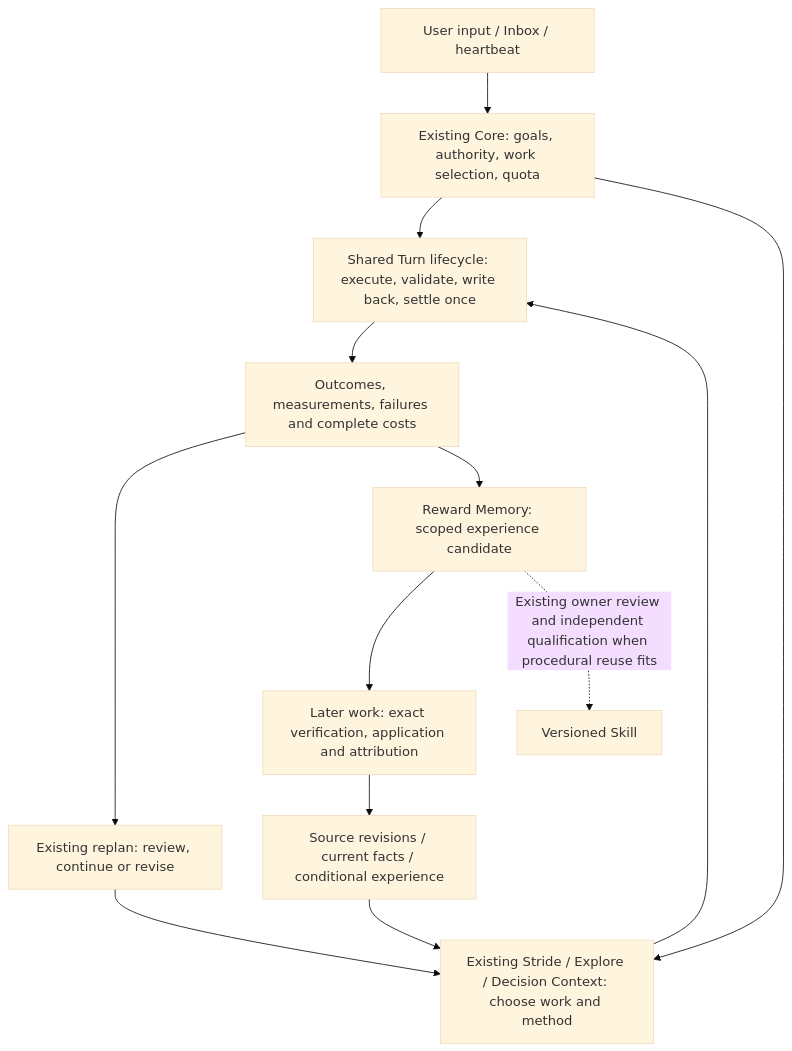
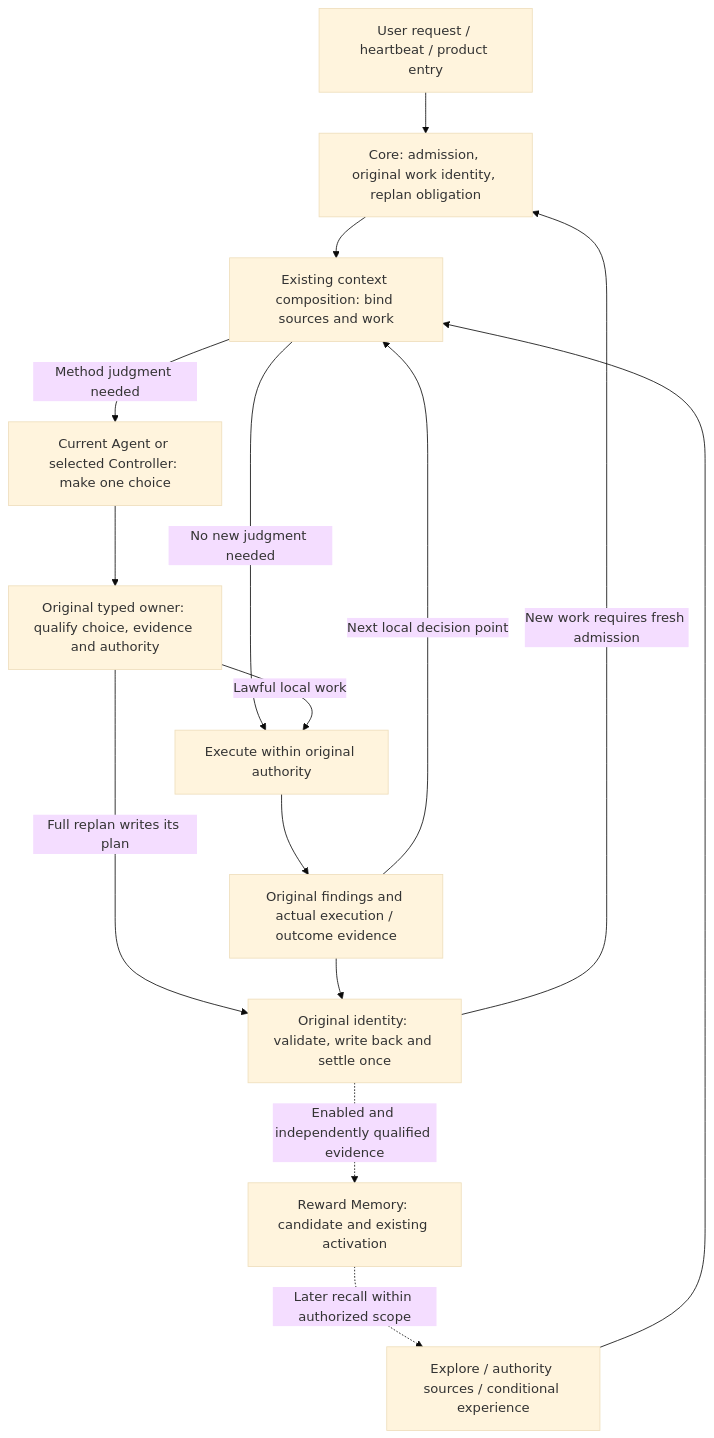
Before and after one commit to loopx-project/loopx: the diagram in docs/architecture/rfcs/mechanism-convergence-and-learning-loop-v0.md, drawn with Mermaid (base theme). The commit also changed other lines of this file and 2 other files, not shown here.

Commit message:
docs(rfc): define mechanism composition and decision adoption

````diff
--- a/docs/architecture/rfcs/mechanism-convergence-and-learning-loop-v0.md
+++ b/docs/architecture/rfcs/mechanism-convergence-and-learning-loop-v0.md
@@ -106,15 +93,17 @@
 ```mermaid
 flowchart TD
-    INPUT[User input / Inbox / heartbeat] --> ADMIT[Existing Core: goals, authority, work selection, quota]
-    ADMIT --> EXEC[Shared Turn lifecycle: execute, validate, write back, settle once]
-    SOURCES[Source revisions / current facts / conditional experience] --> CHOOSE[Existing Stride / Explore / Decision Context: choose work and method]
-    ADMIT --> CHOOSE
-    CHOOSE --> EXEC
-    EXEC --> OBS[Outcomes, measurements, failures and complete costs]
-    OBS --> REVIEW[Existing replan: review, continue or revise]
-    REVIEW --> CHOOSE
-    OBS --> EXP[Reward Memory: scoped experience candidate]
-    EXP --> APPLY[Later work: exact verification, application and attribution]
-    APPLY --> SOURCES
-    EXP -.Existing owner review and independent qualification when procedural reuse fits.-> SKILL[Versioned Skill]
+    ENTRY[User request / heartbeat / product entry] --> CORE[Core: admission, original work identity, replan obligation]
+    CORE --> CONTEXT[Existing context composition: bind sources and work]
+    SOURCES[Explore / authority sources / conditional experience] --> CONTEXT
+    CONTEXT -->|Method judgment needed| AGENT[Current Agent or selected Controller: make one choice]
+    CONTEXT -->|No new judgment needed| WORK[Execute within original authority]
+    AGENT --> CHECK[Original typed owner: qualify choice, evidence and authority]
+    CHECK -->|Lawful local work| WORK
+    CHECK -->|Full replan writes its plan| SETTLE[Original identity: validate, write back and settle once]
+    WORK --> OBS[Original findings and actual execution / outcome evidence]
+    OBS -->|Next local decision point| CONTEXT
+    OBS --> SETTLE
+    SETTLE -->|New work requires fresh admission| CORE
+    SETTLE -.Enabled and independently qualified evidence.-> MEMORY[Reward Memory: candidate and existing activation]
+    MEMORY -.Later recall within authorized scope.-> SOURCES
 ```
````
